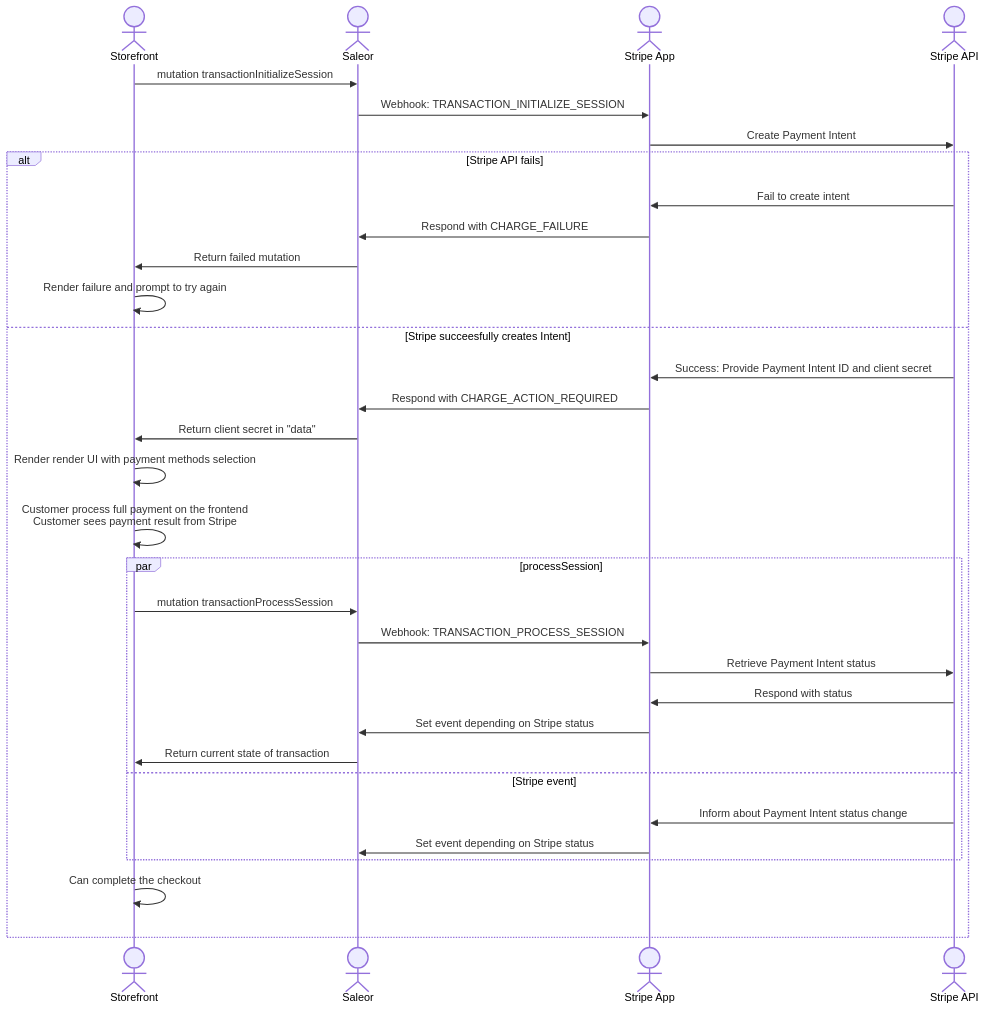
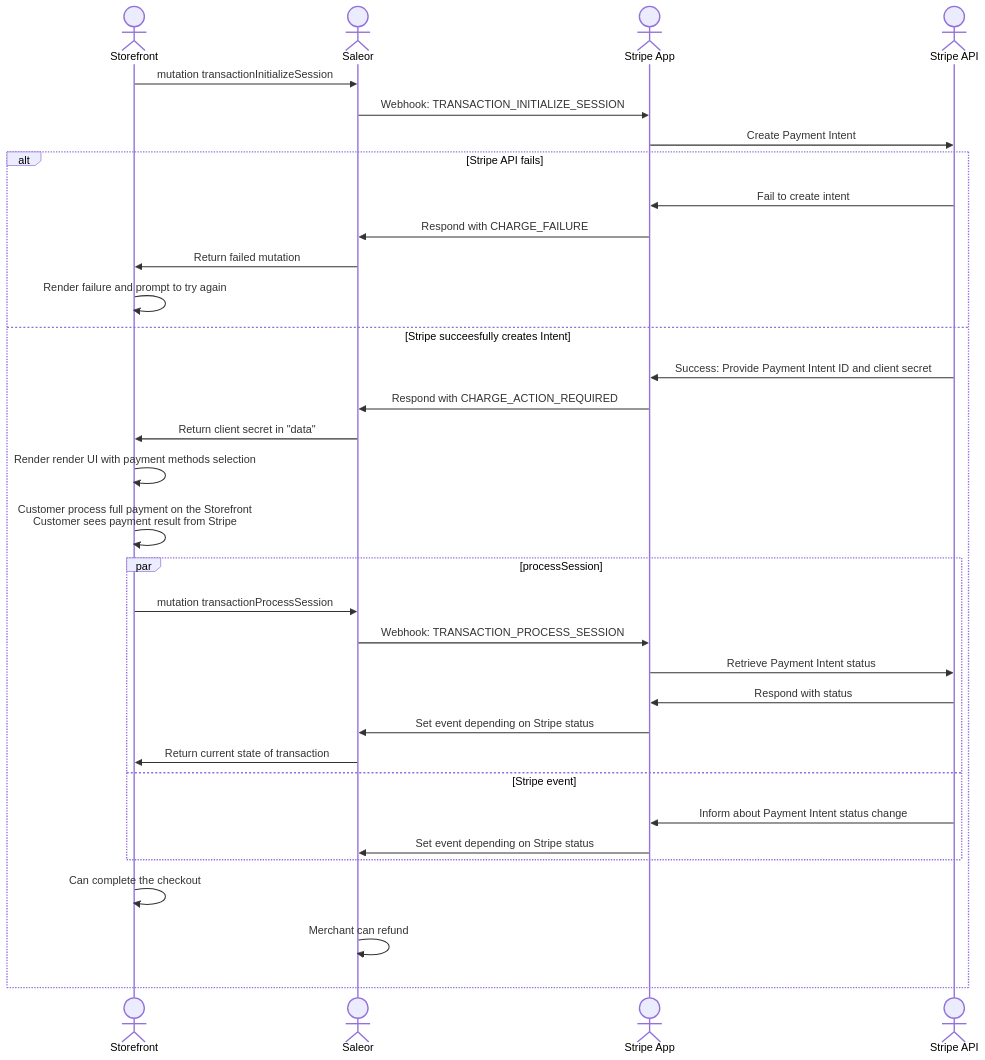
The second of 10 diagrams in docs/developer/app-store/apps/stripe/architecture.mdx (saleor/saleor-docs), drawn with Mermaid before and after one commit. The commit also changed other lines of this file and 1 other file, not shown here.

Commit message:
update diagrams

````diff
--- a/docs/developer/app-store/apps/stripe/architecture.mdx
+++ b/docs/developer/app-store/apps/stripe/architecture.mdx
@@ -85,39 +85,40 @@
 ```mermaid
 sequenceDiagram
     actor Storefront
     actor Saleor
     actor Stripe App
     actor Stripe API
 
 
 
     Storefront->>Saleor: mutation transactionInitializeSession
     Saleor->>Stripe App: Webhook: TRANSACTION_INITIALIZE_SESSION
     Stripe App ->> Stripe API: Create Payment Intent
     alt Stripe API fails
         Stripe API->>Stripe App: Fail to create intent
         Stripe App ->> Saleor: Respond with CHARGE_FAILURE
         Saleor ->> Storefront: Return failed mutation
         Storefront ->> Storefront: Render failure and prompt to try again
     else Stripe succeesfully creates Intent
         Stripe API->>Stripe App: Success: Provide Payment Intent ID and client secret
         Stripe App ->> Saleor: Respond with CHARGE_ACTION_REQUIRED
         Saleor ->> Storefront: Return client secret in "data"
         Storefront ->> Storefront: Render render UI with payment methods selection
-        Storefront ->> Storefront: Customer process full payment on the frontend <br/> Customer sees payment result from Stripe
+        Storefront ->> Storefront: Customer process full payment on the Storefront <br/> Customer sees payment result from Stripe
 
         par processSession
             Storefront ->> Saleor: mutation transactionProcessSession
             Saleor->>Stripe App: Webhook: TRANSACTION_PROCESS_SESSION
             Stripe App->> Stripe API: Retrieve Payment Intent status
             Stripe API->> Stripe App: Respond with status
             Stripe App->> Saleor: Set event depending on Stripe status
             Saleor ->> Storefront: Return current state of transaction
         and Stripe event
             Stripe API->>Stripe App: Inform about Payment Intent status change
             Stripe App->> Saleor: Set event depending on Stripe status
         end
         Storefront->>Storefront: Can complete the checkout
+        Saleor->>Saleor: Merchant can refund
 
     end
 ```
````
